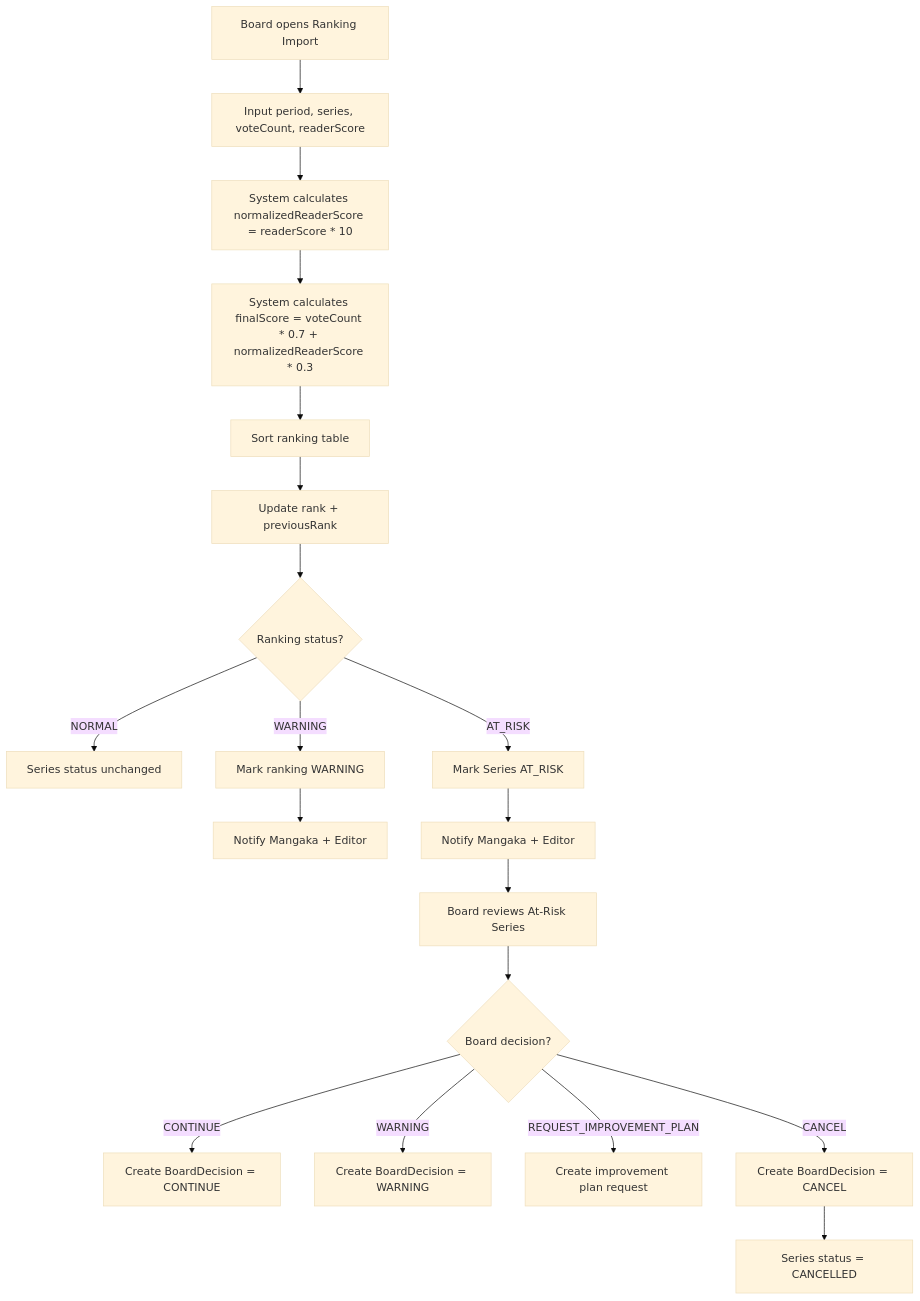
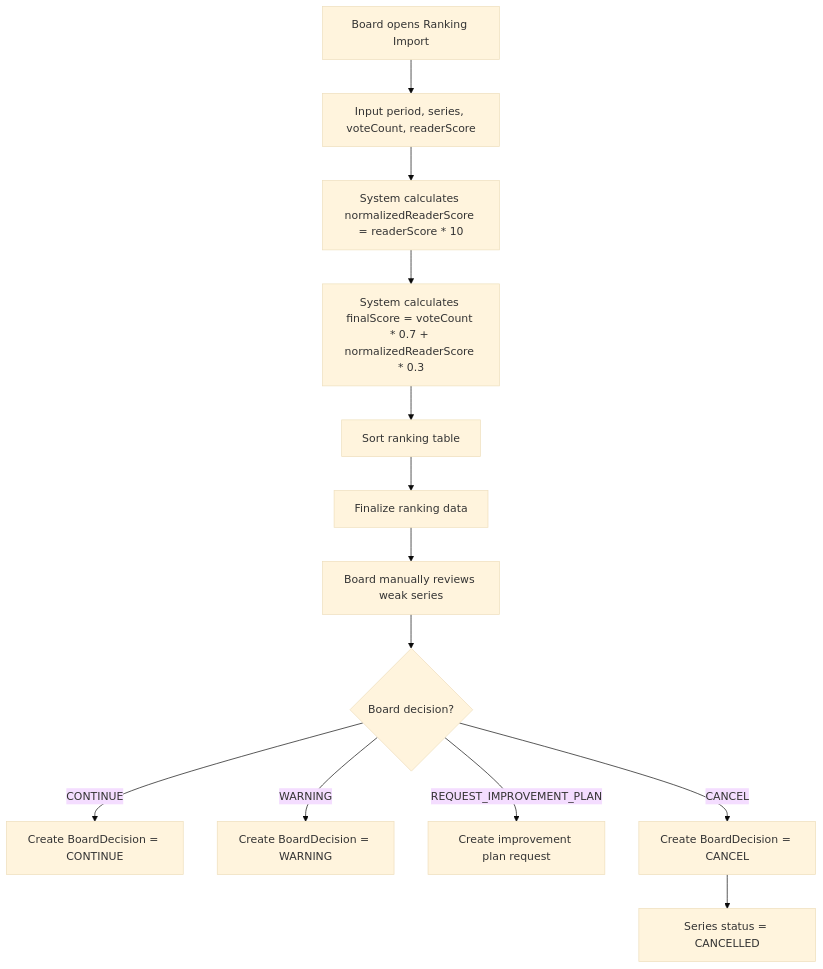
Before and after one commit to ntu254/MangaFlow: diagram 16 of 19 in docs/standards/bussiness-flow.md, drawn with Mermaid (base theme). The commit also changed other lines of this file and 11 other files, not shown here.

Commit message:
update: business flow

````diff
--- a/docs/standards/bussiness-flow.md
+++ b/docs/standards/bussiness-flow.md
@@ -1533,23 +1558,16 @@
 ```mermaid
 flowchart TD
     A["Board opens Ranking Import"] --> B["Input period, series, voteCount, readerScore"]
     B --> C["System calculates normalizedReaderScore = readerScore * 10"]
     C --> D["System calculates finalScore = voteCount * 0.7 + normalizedReaderScore * 0.3"]
     D --> E["Sort ranking table"]
-    E --> F["Update rank + previousRank"]
-    F --> G{"Ranking status?"}
-
-    G -->|NORMAL| H["Series status unchanged"]
-    G -->|WARNING| I["Mark ranking WARNING"]
-    I --> J["Notify Mangaka + Editor"]
-    G -->|AT_RISK| K["Mark Series AT_RISK"]
-    K --> L["Notify Mangaka + Editor"]
-    L --> M["Board reviews At-Risk Series"]
+    E --> F["Finalize ranking data"]
+    F --> M["Board manually reviews weak series"]
     M --> N{"Board decision?"}
 
     N -->|CONTINUE| O["Create BoardDecision = CONTINUE"]
     N -->|WARNING| P["Create BoardDecision = WARNING"]
     N -->|REQUEST_IMPROVEMENT_PLAN| Q["Create improvement plan request"]
     N -->|CANCEL| R["Create BoardDecision = CANCEL"]
     R --> S["Series status = CANCELLED"]
 ```
````
